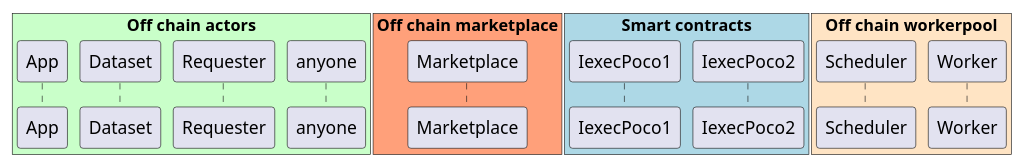
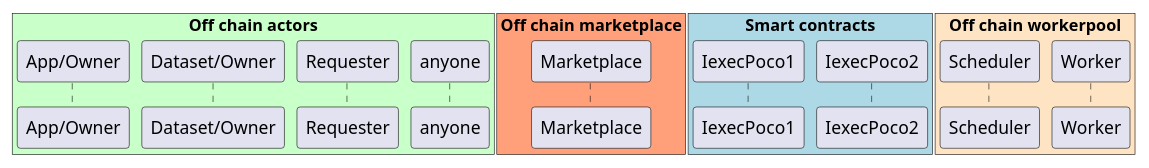
One commit to iExecBlockchainComputing/PoCo changed the diagram in uml/workflow-ODB-0-actors.puml. Above: the diagram before and after it, drawn with PlantUML. The commit also changed 2 other files, not shown here.

Commit message:
update WF diagram

```diff
--- a/uml/workflow-ODB-0-actors.puml
+++ b/uml/workflow-ODB-0-actors.puml
@@ -1,31 +1,31 @@
 @startuml
 
 box "Off chain actors" #TECHNOLOGY
-	participant App
-	participant Dataset
+	participant "App/Owner" as App
+	participant "Dataset/Owner" as Dataset
     participant Requester
 	participant anyone
 end box
 box "Off chain marketplace" #LightSalmon
     participant Marketplace
 end box
 
 box "Smart contracts" #LightBlue
 	participant IexecPoco1
 	participant IexecPoco2
 end box
 
 box "Off chain workerpool" #Bisque
 	participant Scheduler
 	participant Worker
 end box
 
 box "Users"
 
 end box
 
 skinparam sequenceGroupBodyBackgroundColor transparent
 
 autonumber
 
 @enduml
```
